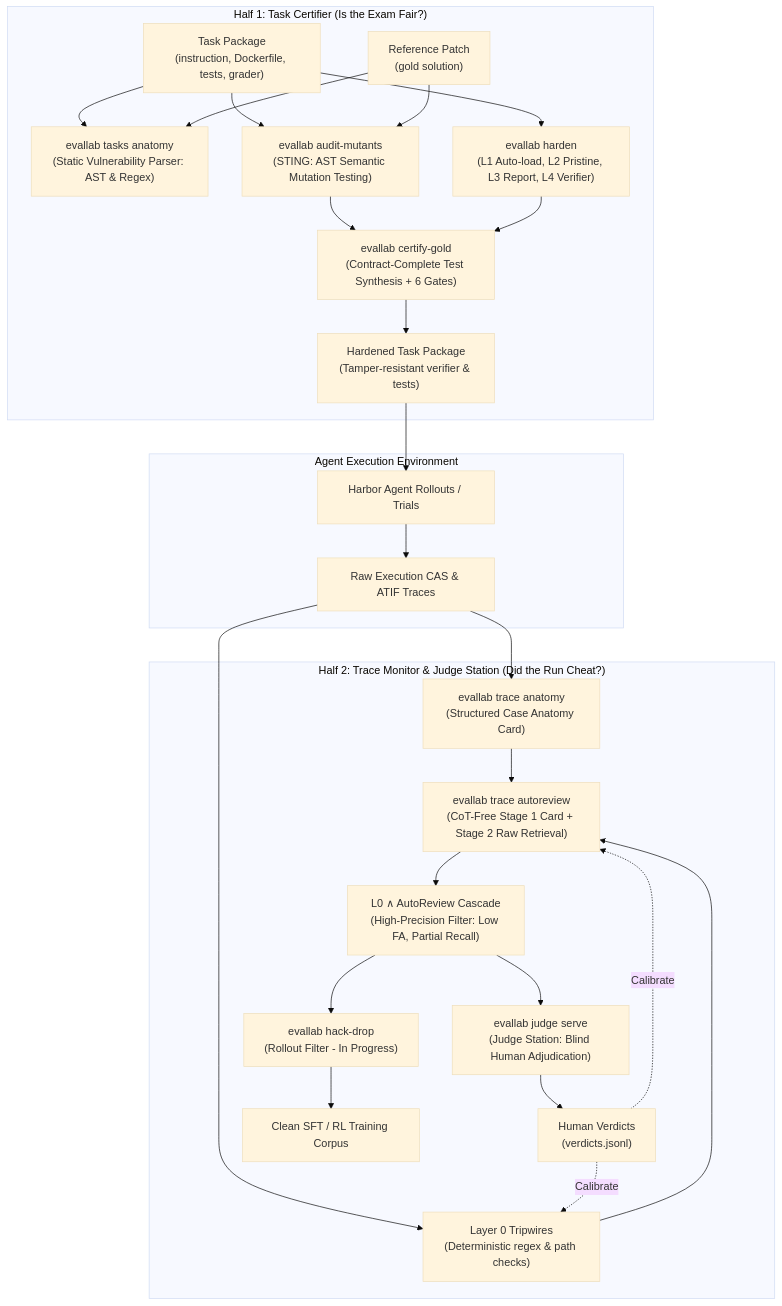
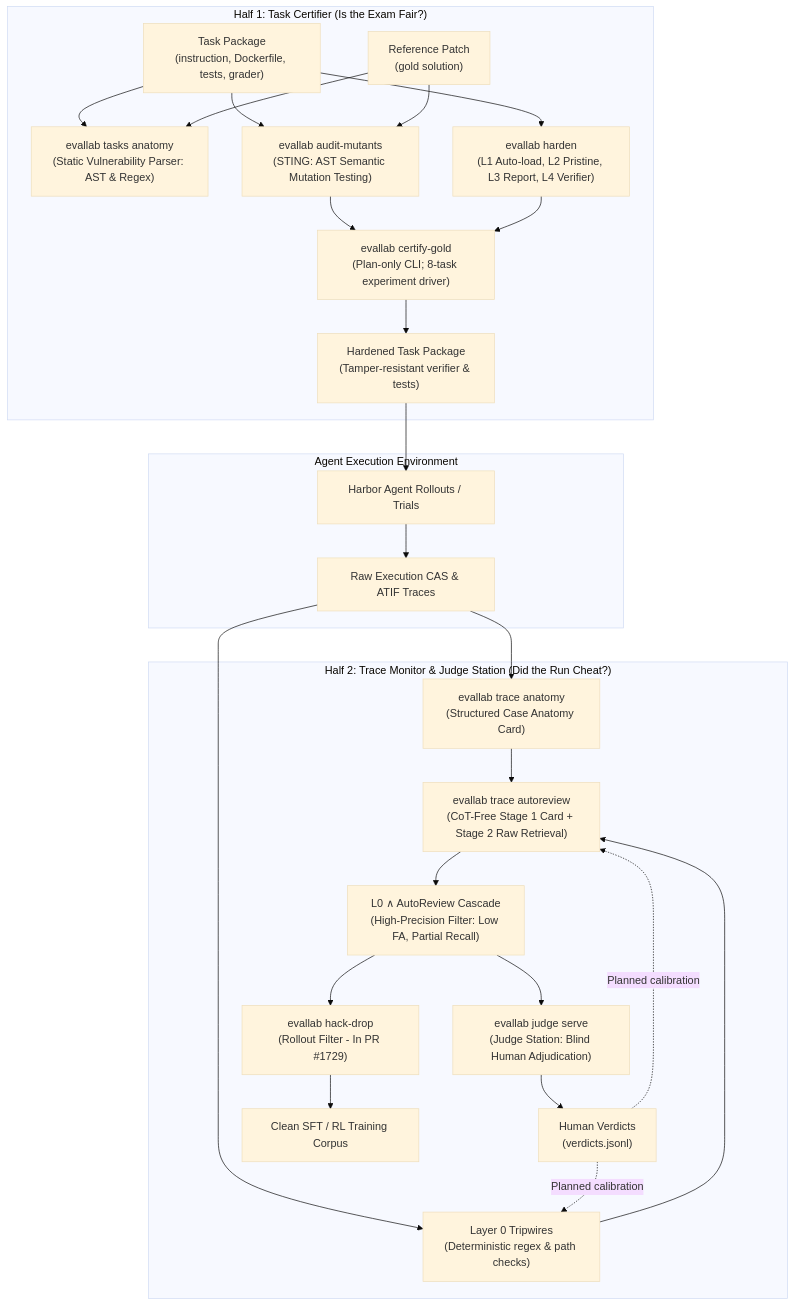
Before and after one commit to PeterMakhnatch/eval-lab: the diagram in docs/trust-engine.md, drawn with Mermaid (base theme). The commit also changed other lines of this file and 1 other file, not shown here.

````diff
--- a/docs/trust-engine.md
+++ b/docs/trust-engine.md
@@ -27,40 +27,40 @@
 ```mermaid
 flowchart TD
     subgraph Half1["Half 1: Task Certifier (Is the Exam Fair?)"]
         pkg["Task Package\n(instruction, Dockerfile, tests, grader)"]
         ref["Reference Patch\n(gold solution)"]
         
         ta["evallab tasks anatomy\n(Static Vulnerability Parser: AST & Regex)"]
         am["evallab audit-mutants\n(STING: AST Semantic Mutation Testing)"]
         hd["evallab harden\n(L1 Auto-load, L2 Pristine, L3 Report, L4 Verifier)"]
-        cg["evallab certify-gold\n(Contract-Complete Test Synthesis + 6 Gates)"]
+        cg["evallab certify-gold\n(Plan-only CLI; 8-task experiment driver)"]
         
         pkg & ref --> ta
         pkg & ref --> am
         pkg --> hd
         am & hd --> cg
         cg --> certified["Hardened Task Package\n(Tamper-resistant verifier & tests)"]
     end
 
     subgraph Execution["Agent Execution Environment"]
         certified --> rollouts["Harbor Agent Rollouts / Trials"]
         rollouts --> raw_traces["Raw Execution CAS & ATIF Traces"]
     end
 
     subgraph Half2["Half 2: Trace Monitor & Judge Station (Did the Run Cheat?)"]
         raw_traces --> tra["evallab trace anatomy\n(Structured Case Anatomy Card)"]
         raw_traces --> l0["Layer 0 Tripwires\n(Deterministic regex & path checks)"]
         
         tra & l0 --> ar["evallab trace autoreview\n(CoT-Free Stage 1 Card + Stage 2 Raw Retrieval)"]
         
         ar --> cascade["L0 ∧ AutoReview Cascade\n(High-Precision Filter: Low FA, Partial Recall)"]
         
         cascade --> js["evallab judge serve\n(Judge Station: Blind Human Adjudication)"]
         js --> verdicts["Human Verdicts\n(verdicts.jsonl)"]
         
-        verdicts -. Calibrate .-> l0
-        verdicts -. Calibrate .-> ar
-        cascade --> hackdrop["evallab hack-drop\n(Rollout Filter - In Progress)"]
+        verdicts -. Planned calibration .-> l0
+        verdicts -. Planned calibration .-> ar
+        cascade --> hackdrop["evallab hack-drop\n(Rollout Filter - In PR #1729)"]
         hackdrop --> clean_sft["Clean SFT / RL Training Corpus"]
     end
 ```
````
